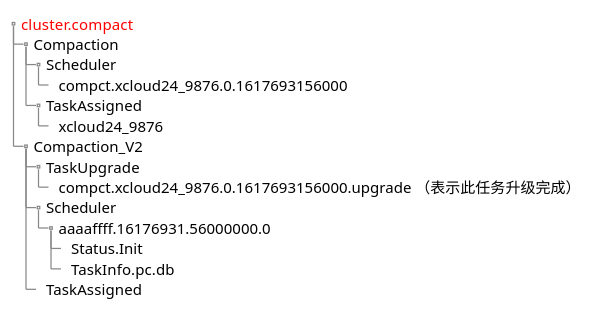
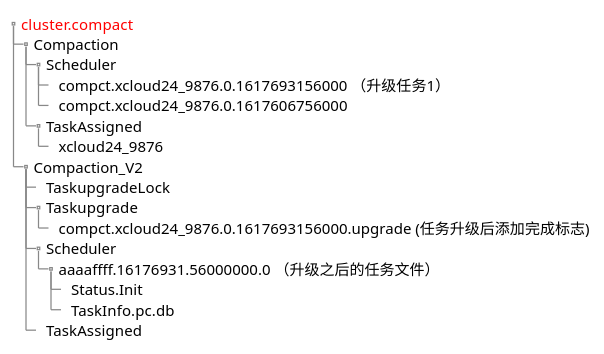
One commit to HarpsealCC/note changed the eighth of 10 diagrams in 东方国信工作资料/compaction/Compaction任务升级方案.md. Above: the diagram before and after it, drawn with PlantUML. The commit also changed other lines of this file and 1 other file, not shown here.

````diff
--- a/东方国信工作资料/compaction/Compaction任务升级方案.md
+++ b/东方国信工作资料/compaction/Compaction任务升级方案.md
@@ -148,22 +198,24 @@
 ```plantuml
 @startsalt
 {
 {T
  + <color:red>cluster.compact
  ++ Compaction
  +++ Scheduler
- ++++ compct.xcloud24_9876.0.1617693156000 
+ ++++ compct.xcloud24_9876.0.1617693156000 （升级任务1）
+ ++++ compct.xcloud24_9876.0.1617606756000
  +++ TaskAssigned
  ++++ xcloud24_9876
  ++ Compaction_V2
- +++ TaskUpgrade
- ++++ compct.xcloud24_9876.0.1617693156000.upgrade （表示此任务升级完成）
+ +++ TaskupgradeLock
+ +++ Taskupgrade
+ ++++ compct.xcloud24_9876.0.1617693156000.upgrade (任务升级后添加完成标志)
  +++ Scheduler
- ++++ aaaaffff.16176931.56000000.0 
+ ++++ aaaaffff.16176931.56000000.0 （升级之后的任务文件）
  +++++ Status.Init
  +++++ TaskInfo.pc.db
  +++ TaskAssigned
 }
 }
 @endsalt
 ```
````
